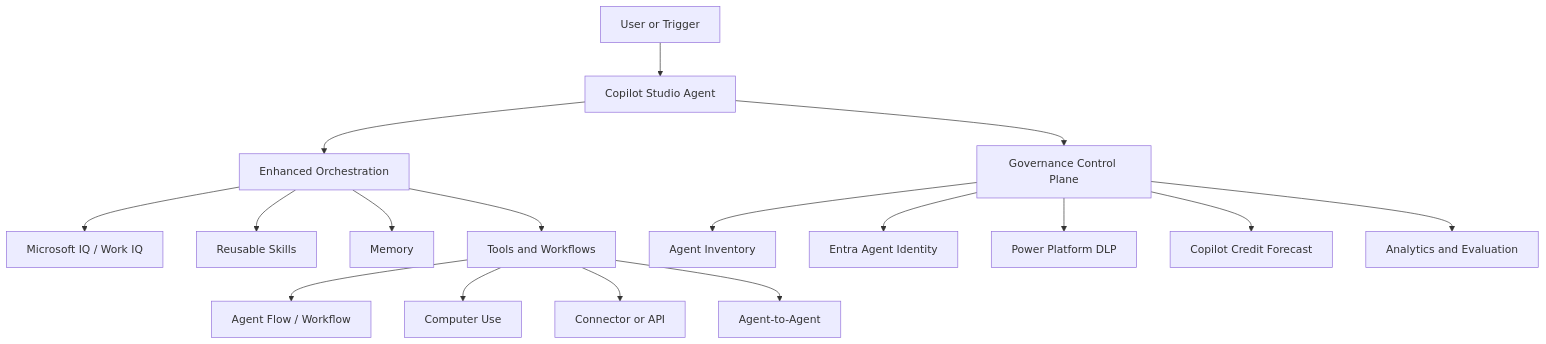
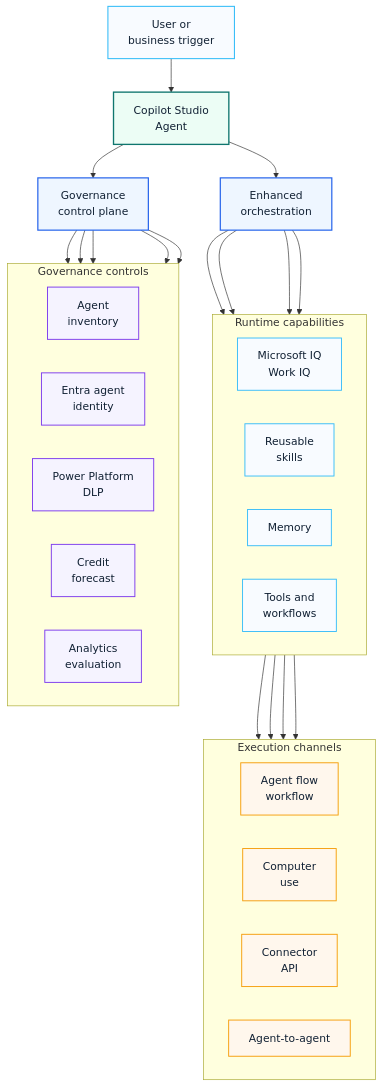
Before and after one commit to Eric841001/Eric841001.github.io: the diagram in docs/copilot/copilot-studio-2026-platform-update.md, drawn with Mermaid. The commit also changed 3 other files, not shown here.

Commit message:
Improve diagram readability and zoom interaction

````diff
--- a/docs/copilot/copilot-studio-2026-platform-update.md
+++ b/docs/copilot/copilot-studio-2026-platform-update.md
@@ -55,21 +55,53 @@
 ```mermaid
 flowchart TB
-  User[User or Trigger] --> Agent[Copilot Studio Agent]
-  Agent --> Orchestration[Enhanced Orchestration]
-  Orchestration --> IQ[Microsoft IQ / Work IQ]
-  Orchestration --> Skills[Reusable Skills]
-  Orchestration --> Memory[Memory]
-  Orchestration --> Tools[Tools and Workflows]
+  User["User or<br/>business trigger"]:::entry --> Agent["Copilot Studio<br/>Agent"]:::core
 
-  Tools --> Flow[Agent Flow / Workflow]
-  Tools --> Computer[Computer Use]
-  Tools --> Connector[Connector or API]
-  Tools --> A2A[Agent-to-Agent]
+  Agent --> Orchestration["Enhanced<br/>orchestration"]:::plane
+  Agent --> Governance["Governance<br/>control plane"]:::plane
 
-  Agent --> Governance[Governance Control Plane]
-  Governance --> Inventory[Agent Inventory]
-  Governance --> Identity[Entra Agent Identity]
-  Governance --> DLP[Power Platform DLP]
-  Governance --> Credits[Copilot Credit Forecast]
-  Governance --> Analytics[Analytics and Evaluation]
+  subgraph Runtime["Runtime capabilities"]
+    direction LR
+    IQ["Microsoft IQ<br/>Work IQ"]:::runtime
+    Skills["Reusable<br/>skills"]:::runtime
+    Memory["Memory"]:::runtime
+    Tools["Tools and<br/>workflows"]:::runtime
+  end
+
+  subgraph Execution["Execution channels"]
+    direction LR
+    Flow["Agent flow<br/>workflow"]:::exec
+    Computer["Computer<br/>use"]:::exec
+    Connector["Connector<br/>API"]:::exec
+    A2A["Agent-to-agent"]:::exec
+  end
+
+  subgraph Controls["Governance controls"]
+    direction LR
+    Inventory["Agent<br/>inventory"]:::control
+    Identity["Entra agent<br/>identity"]:::control
+    DLP["Power Platform<br/>DLP"]:::control
+    Credits["Credit<br/>forecast"]:::control
+    Analytics["Analytics<br/>evaluation"]:::control
+  end
+
+  Orchestration --> IQ
+  Orchestration --> Skills
+  Orchestration --> Memory
+  Orchestration --> Tools
+  Tools --> Flow
+  Tools --> Computer
+  Tools --> Connector
+  Tools --> A2A
+  Governance --> Inventory
+  Governance --> Identity
+  Governance --> DLP
+  Governance --> Credits
+  Governance --> Analytics
+
+  classDef entry fill:#f8fbff,stroke:#38bdf8,color:#102033,stroke-width:1.6px
+  classDef core fill:#ecfdf5,stroke:#0f766e,color:#102033,stroke-width:2px
+  classDef plane fill:#eef6ff,stroke:#2563eb,color:#102033,stroke-width:1.8px
+  classDef runtime fill:#f8fbff,stroke:#38bdf8,color:#102033,stroke-width:1.4px
+  classDef exec fill:#fff7ed,stroke:#f59e0b,color:#102033,stroke-width:1.4px
+  classDef control fill:#f5f3ff,stroke:#7c3aed,color:#102033,stroke-width:1.4px
 ```
````
